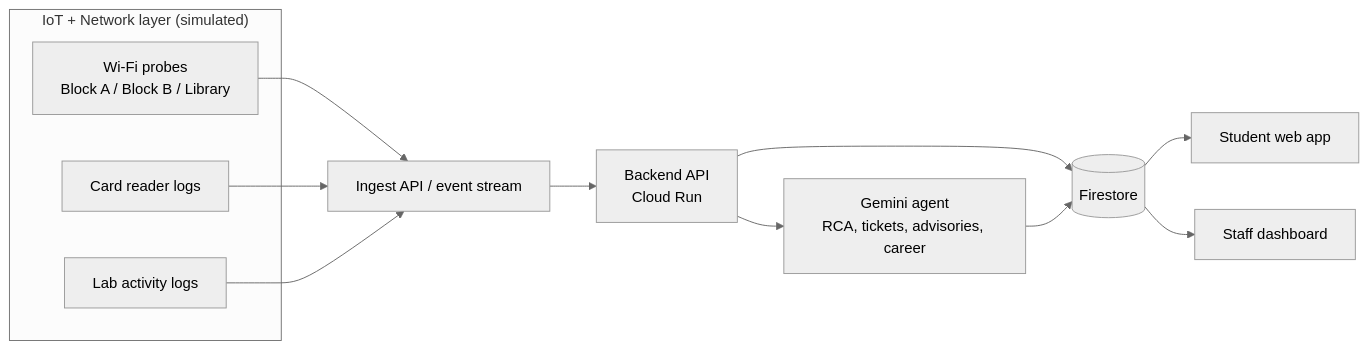
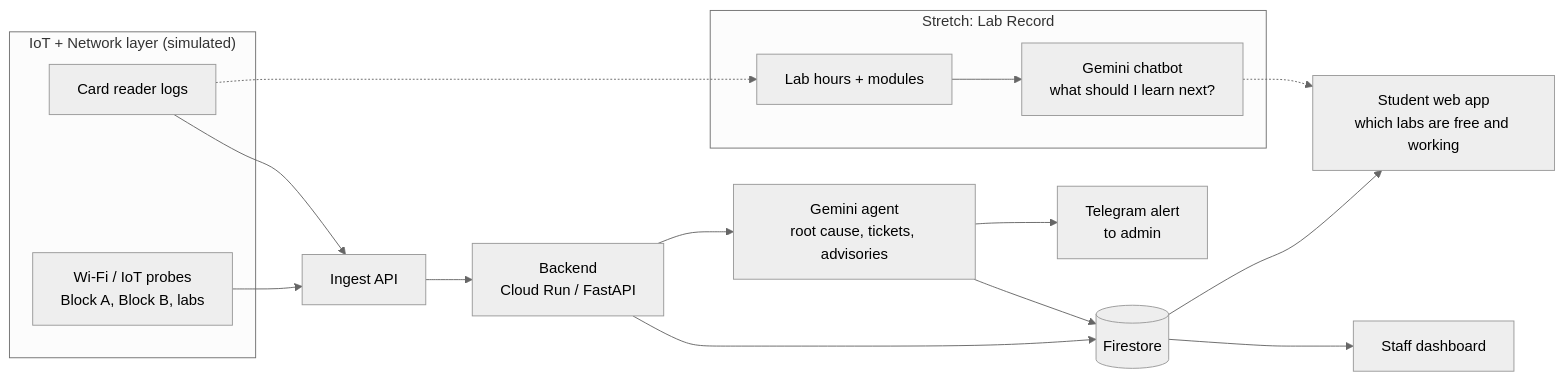
Before and after one commit to koguuu/apu-cloud-innovation-hackathon-2026-zer0-track-cloud: the diagram in README.md, drawn with Mermaid (neutral theme). The commit also changed other lines of this file, not shown here.

Commit message:
Update README: core scope is Campus Health, Lab Record is stretch

````diff
--- a/README.md
+++ b/README.md
@@ -33,17 +41,21 @@
 ```mermaid
 flowchart LR
   subgraph SIM["IoT + Network layer (simulated)"]
-    P[Wi-Fi probes<br/>Block A / Block B / Library]
+    P[Wi-Fi / IoT probes<br/>Block A, Block B, labs]
     C[Card reader logs]
-    L[Lab activity logs]
   end
-  P --> I
+  P --> I[Ingest API]
   C --> I
-  L --> I
-  I[Ingest API / event stream] --> B[Backend API<br/>Cloud Run]
+  I --> B[Backend<br/>Cloud Run / FastAPI]
   B --> DB[(Firestore)]
-  B --> G[Gemini agent<br/>RCA, tickets, advisories, career]
+  B --> G[Gemini agent<br/>root cause, tickets, advisories]
   G --> DB
-  DB --> S[Student web app]
+  G --> TG[Telegram alert<br/>to admin]
+  DB --> S[Student web app<br/>which labs are free and working]
   DB --> T[Staff dashboard]
+  subgraph STRETCH["Stretch: Lab Record"]
+    L[Lab hours + modules] --> CB[Gemini chatbot<br/>what should I learn next?]
+  end
+  C -.-> L
+  CB -.-> S
 ```
````
